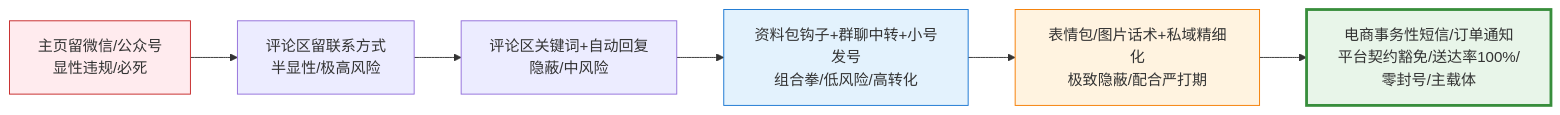
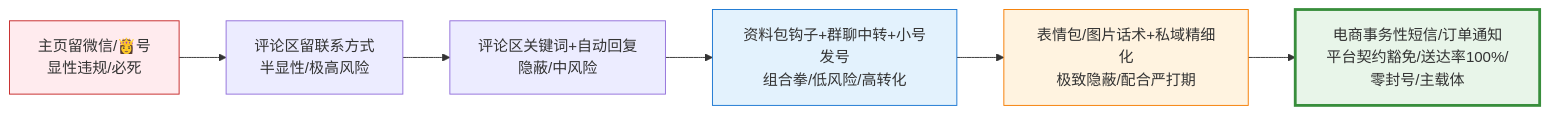
One commit to OpenDocCN1/flygon-zhuanqian-zhoubao changed the eighth of 8 diagrams in docs/202305_paper2textbook/chapter_047.md. Above: the diagram before and after it, drawn with Mermaid. The commit also changed other lines of this file and 6688 other files, not shown here.

````diff
--- a/docs/202305_paper2textbook/chapter_047.md
+++ b/docs/202305_paper2textbook/chapter_047.md
@@ -448,12 +448,12 @@
 ```mermaid
 flowchart LR
-    R1[主页留微信/公众号\n显性违规/必死] --> R2[评论区留联系方式\n半显性/极高风险]
+    R1[主页留微信/👸号\n显性违规/必死] --> R2[评论区留联系方式\n半显性/极高风险]
     R2 --> R3[评论区关键词+自动回复\n隐蔽/中风险]
     R3 --> R4[资料包钩子+群聊中转+小号发号\n组合拳/低风险/高转化]
     R4 --> R5[表情包/图片话术+私域精细化\n极致隐蔽/配合严打期]
     R5 --> R6[电商事务性短信/订单通知\n平台契约豁免/送达率100%/零封号/主载体]
     style R1 fill:#ffebee,stroke:#c62828
     style R4 fill:#e3f2fd,stroke:#1976d2
     style R5 fill:#fff3e0,stroke:#f57c00
     style R6 fill:#e8f5e9,stroke:#388e3c,stroke-width:3px
 ```
````
